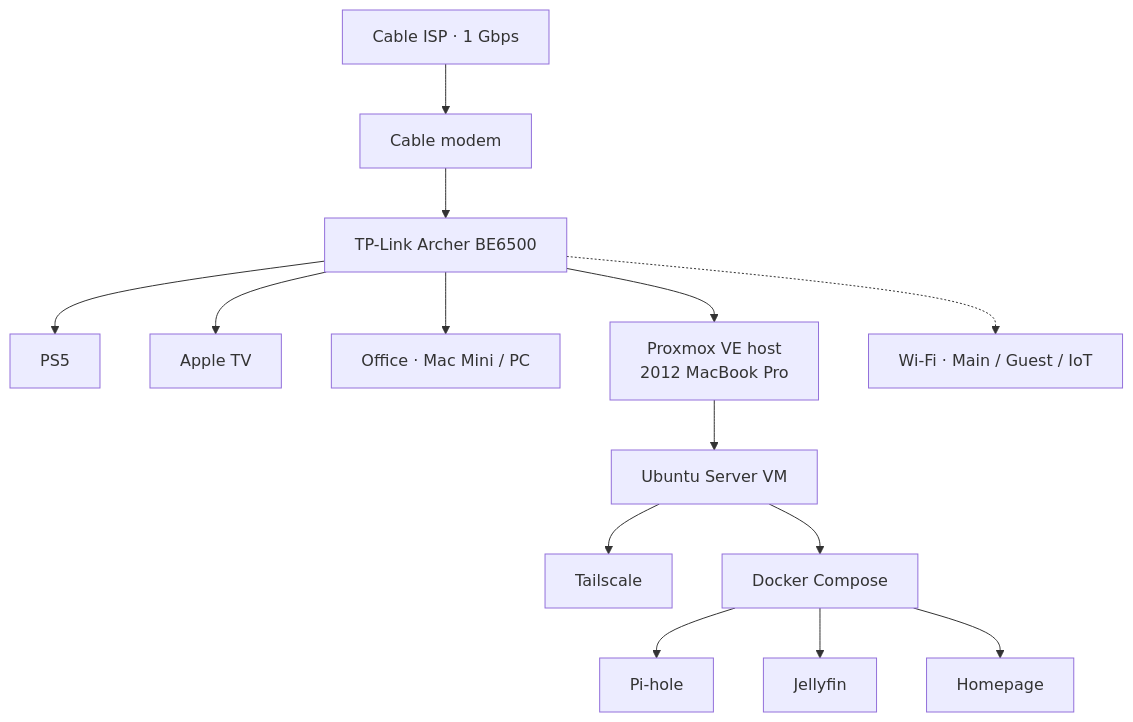
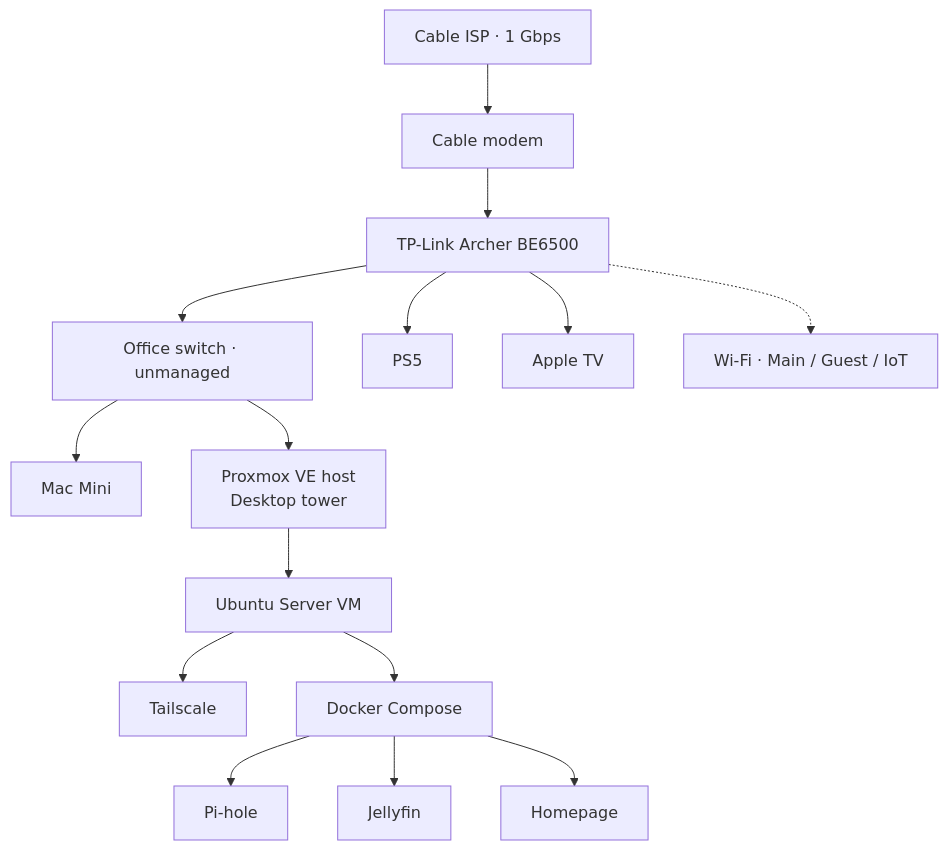
The diagram in README.md (felipe-quijano/homelab), drawn with Mermaid before and after one commit. The commit also changed other lines of this file and 4 other files, not shown here.

Commit message:
Move homelab to desktop tower; update network, DNS, and decision log

````diff
--- a/README.md
+++ b/README.md
@@ -9,16 +9,17 @@
 ```mermaid
 flowchart TD
     ISP[Cable ISP · 1 Gbps] --> Modem[Cable modem]
     Modem --> Router[TP-Link Archer BE6500]
+    Router --> Switch[Office switch · unmanaged]
     Router --> PS5[PS5]
     Router --> ATV[Apple TV]
-    Router --> Office[Office · Mac Mini / PC]
-    Router --> PVE[Proxmox VE host<br/>2012 MacBook Pro]
+    Switch --> Mac[Mac Mini]
+    Switch --> PVE[Proxmox VE host<br/>Desktop tower]
     Router -.-> WiFi[Wi-Fi · Main / Guest / IoT]
     PVE --> VM[Ubuntu Server VM]
     VM --> TS[Tailscale]
     VM --> Docker[Docker Compose]
     Docker --> PH[Pi-hole]
     Docker --> JF[Jellyfin]
     Docker --> HP[Homepage]
 ```
````
